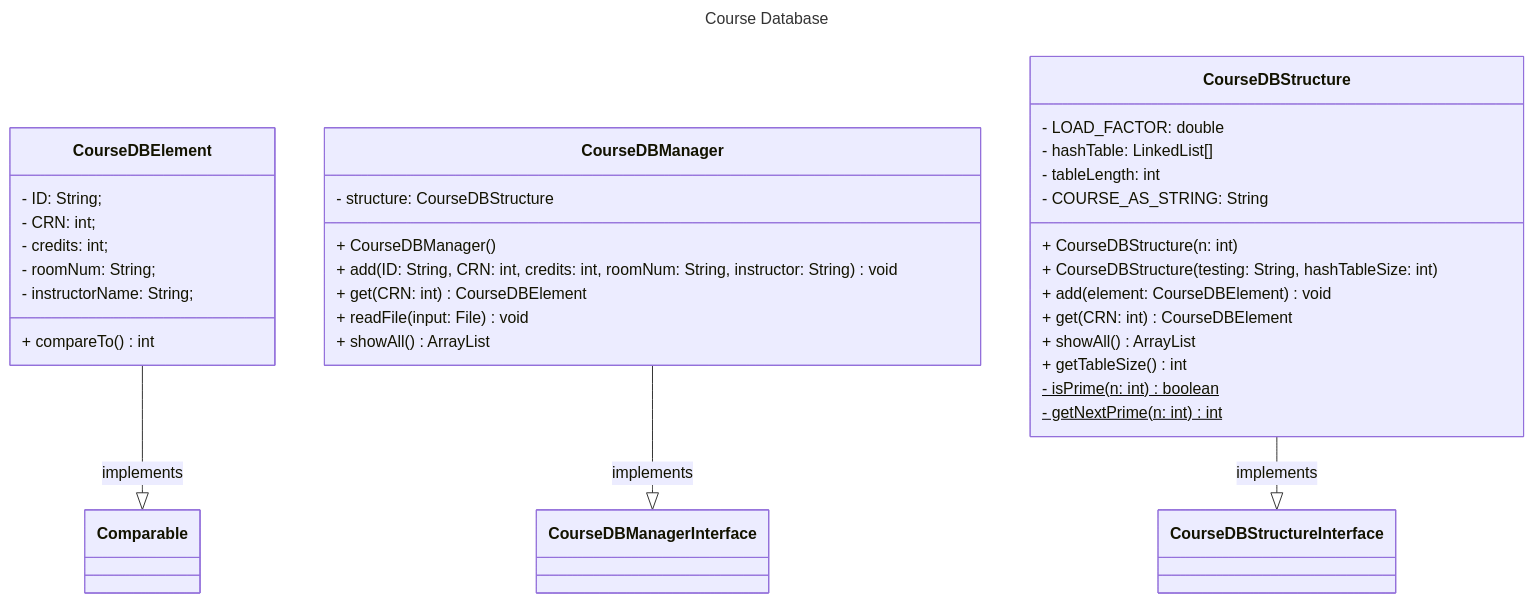
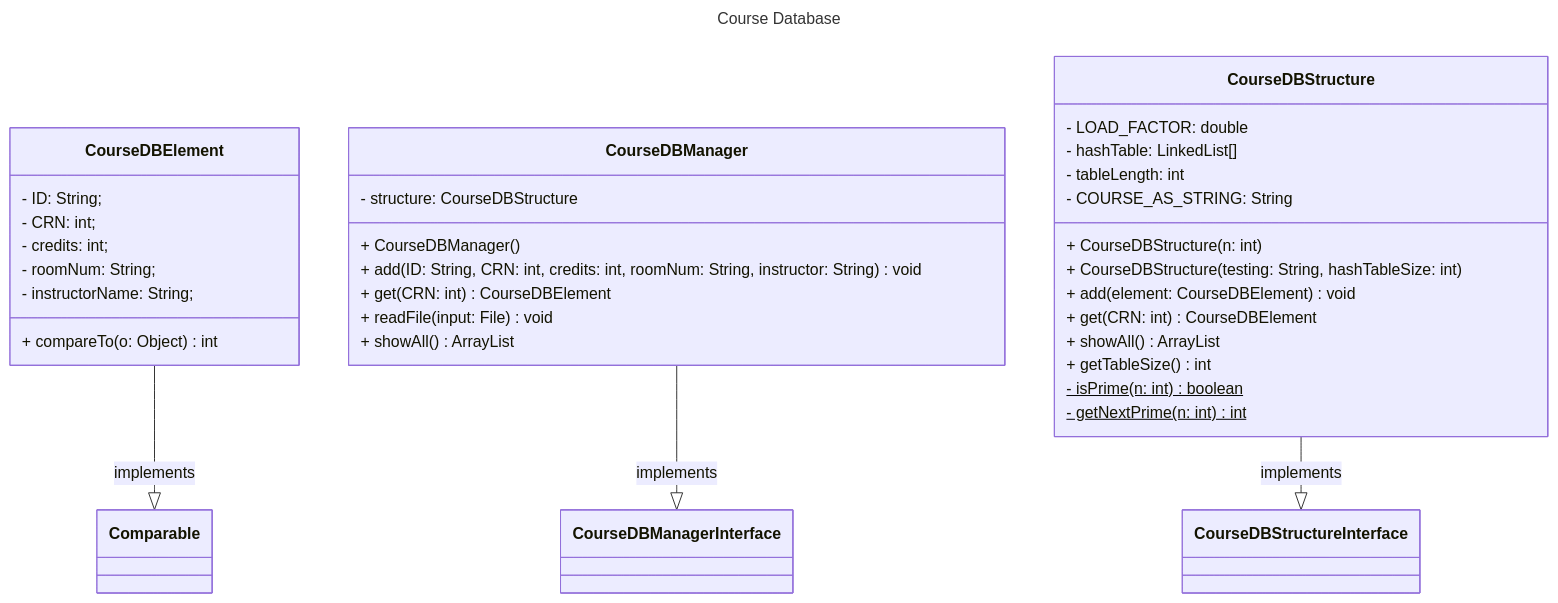
Before and after one commit to nick-nugat/nick-nugat.github.io: the diagram in content/project-designs/cmsc204/NguyenNicholas_Assignment4_Design/assignment4-design.md, drawn with Mermaid. The commit also changed other lines of this file and 1 other file, not shown here.

````diff
--- a/content/project-designs/cmsc204/NguyenNicholas_Assignment4_Design/assignment4-design.md
+++ b/content/project-designs/cmsc204/NguyenNicholas_Assignment4_Design/assignment4-design.md
@@ -15,51 +13,51 @@
 ```mermaid
 ---
 title: Course Database
 ---
 classDiagram
 	direction BT
 
 	Comparable <|-- CourseDBElement: implements
 	CourseDBManagerInterface <|-- CourseDBManager: implements
 	CourseDBStructureInterface <|-- CourseDBStructure: implements
 	
 	
 	class CourseDBElement { 
 	    - ID: String;  
 	    - CRN: int;  
 	    - credits: int;  
 	    - roomNum: String;  
 	    - instructorName: String;  
 		  
-	    + compareTo() int
+	    + compareTo(o: Object) int
 	}
 	
 	 class CourseDBManager{
 		 - structure: CourseDBStructure
 		 
 		 + CourseDBManager()
 		 + add(ID: String, CRN: int, credits: int, roomNum: String, instructor: String) void
 		 + get(CRN: int) CourseDBElement
 		 + readFile(input: File) void
 		 + showAll() ArrayList<String>
 	 }
 	
 	 class CourseDBStructure{
 		 - LOAD_FACTOR: double
 		 - hashTable: LinkedList<CourseDBElement>[]
 		 - tableLength: int
 		 - COURSE_AS_STRING: String
 		   
 		 + CourseDBStructure(n: int)
 		 + CourseDBStructure(testing: String, hashTableSize: int)
 		 + add(element: CourseDBElement) void
 		 + get(CRN: int) CourseDBElement
 		 + showAll() ArrayList<String>
 		 + getTableSize() int
 		 %%helper methods%%
 		 - isPrime(n: int) boolean$ 
 		 - getNextPrime(n: int) int$
 	 }
 
 
 ```
````
